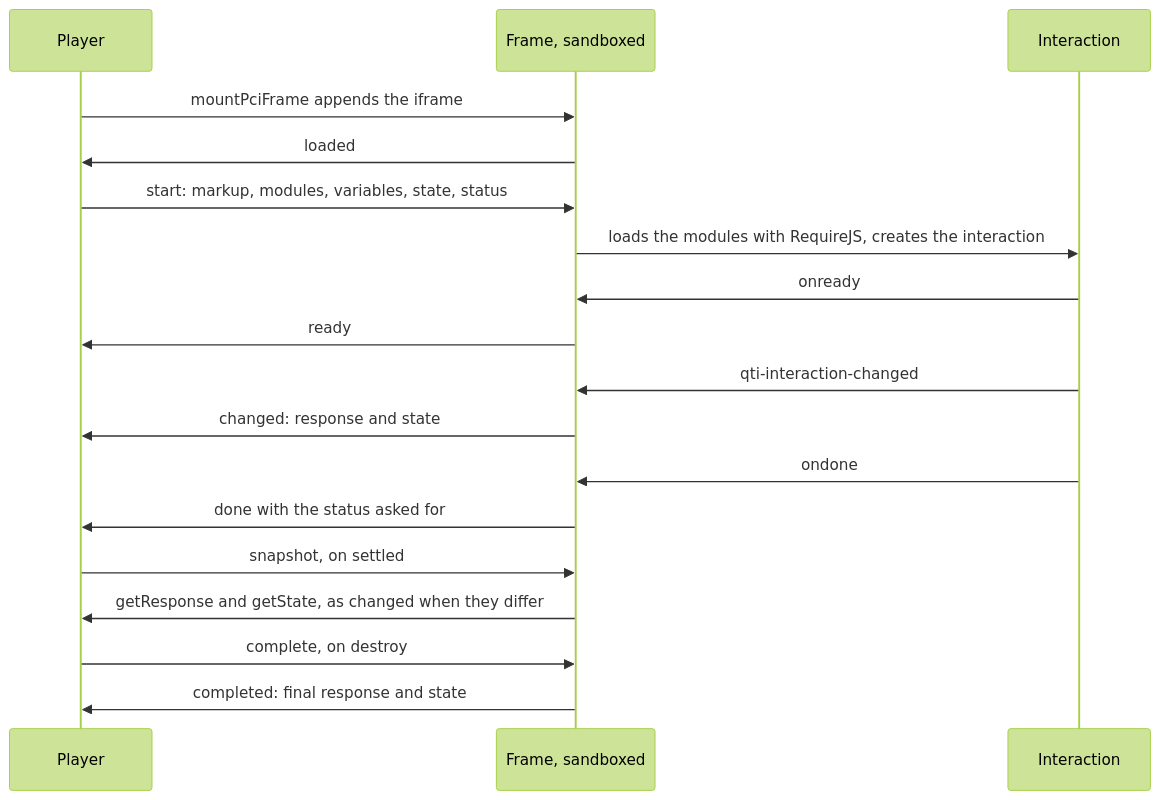
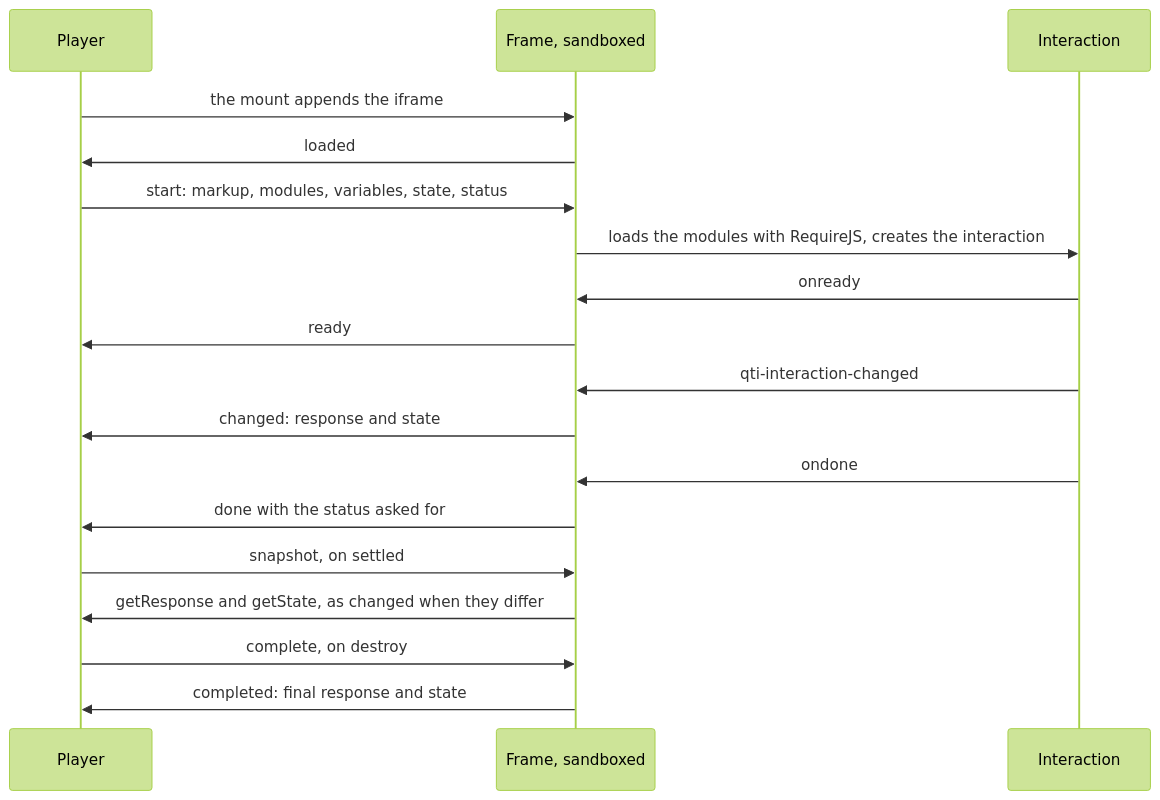
One commit to assesskit/assesskit changed the diagram in docs/player/pci.md. Above: the diagram before and after it, drawn with Mermaid (forest theme). The commit also changed other lines of this file and 17 other files, not shown here.

````diff
--- a/docs/player/pci.md
+++ b/docs/player/pci.md
@@ -8,20 +8,20 @@
 ```mermaid
 sequenceDiagram
   participant P as Player
   participant F as Frame, sandboxed
   participant I as Interaction
-  P->>F: mountPciFrame appends the iframe
+  P->>F: the mount appends the iframe
   F->>P: loaded
   P->>F: start: markup, modules, variables, state, status
   F->>I: loads the modules with RequireJS, creates the interaction
   I->>F: onready
   F->>P: ready
   I->>F: qti-interaction-changed
   F->>P: changed: response and state
   I->>F: ondone
   F->>P: done with the status asked for
   P->>F: snapshot, on settled
   F->>P: getResponse and getState, as changed when they differ
   P->>F: complete, on destroy
   F->>P: completed: final response and state
 ```
````
